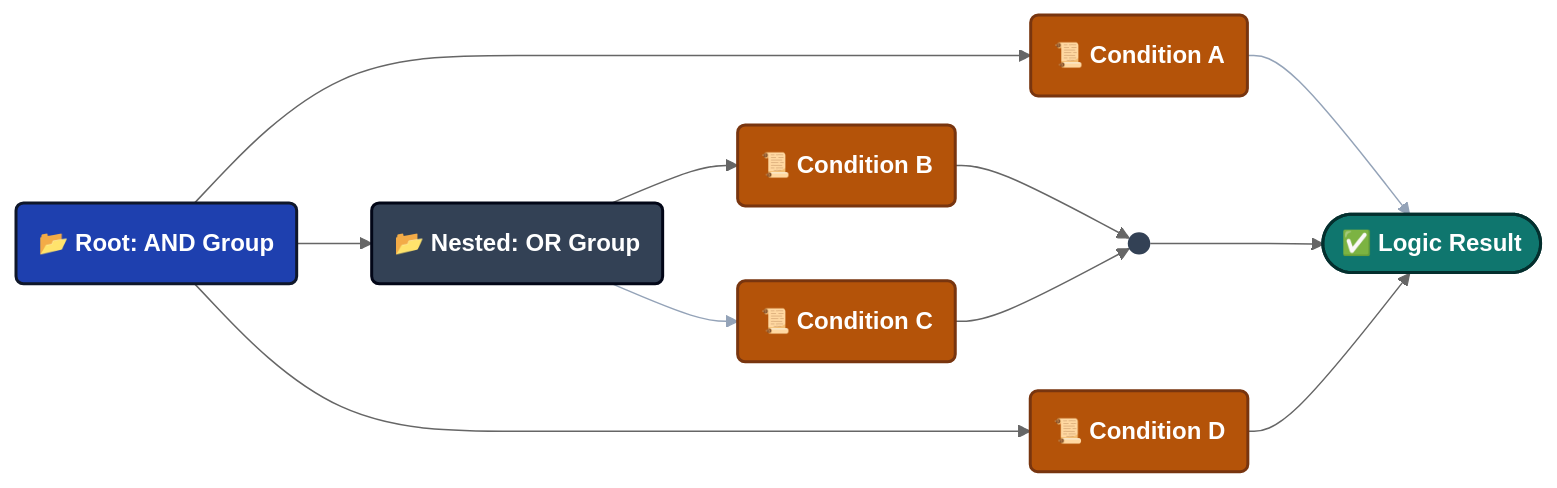
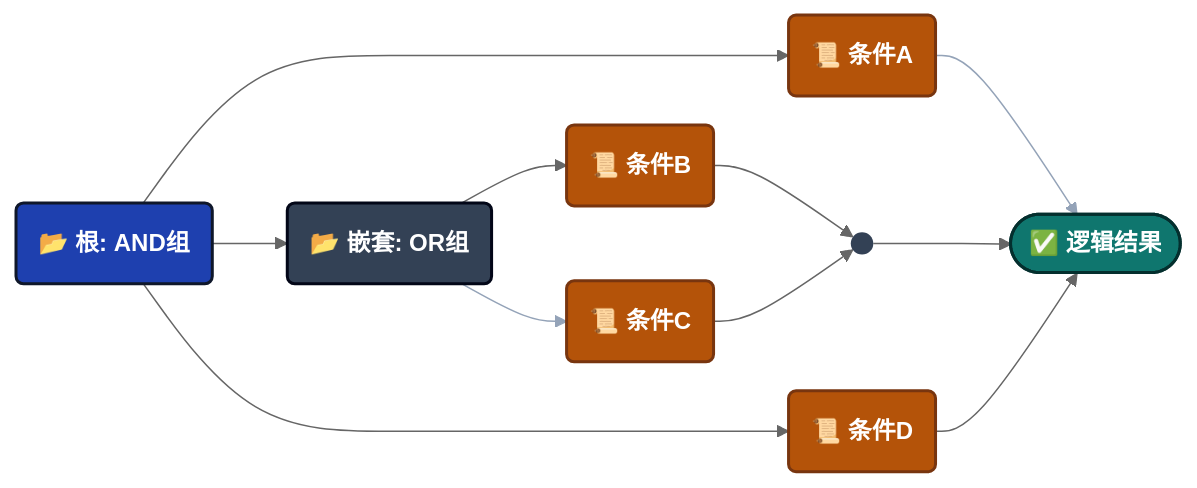
Before and after one commit to tinygiants-tech/TinyGiants: the third of 5 diagrams in i18n/zh/docusaurus-plugin-content-docs/current/game-event-system/visual-workflow/visual-condition-tree.md, drawn with Mermaid (neutral theme). The commit also changed other lines of this file and 7 other files, not shown here.

````diff
--- a/i18n/zh/docusaurus-plugin-content-docs/current/game-event-system/visual-workflow/visual-condition-tree.md
+++ b/i18n/zh/docusaurus-plugin-content-docs/current/game-event-system/visual-workflow/visual-condition-tree.md
@@ -172,26 +167,26 @@
 ```mermaid
 graph LR
 
     classDef root fill:#1e40af,stroke:#0f172a,stroke-width:2px,color:#ffffff,font-weight:bold
     classDef cond fill:#b45309,stroke:#78350f,stroke-width:2px,color:#ffffff
     classDef nested fill:#334155,stroke:#020617,stroke-width:2px,color:#ffffff
     classDef success fill:#0f766e,stroke:#042f2e,stroke-width:2px,color:#ffffff,font-weight:bold
 
-    ROOT(📂 Root: AND Group):::root
+    ROOT(📂 根: AND组):::root
 
-    ROOT --> A(📜 Condition A):::cond
-    ROOT --> OR(📂 Nested: OR Group):::nested
-    ROOT --> D(📜 Condition D):::cond
+    ROOT --> A(📜 条件A):::cond
+    ROOT --> OR(📂 嵌套: OR组):::nested
+    ROOT --> D(📜 条件D):::cond
 
-    OR --> B(📜 Condition B):::cond
-    OR --> C(📜 Condition C):::cond
+    OR --> B(📜 条件B):::cond
+    OR --> C(📜 条件C):::cond
 
-    A --> RES([✅ Logic Result]):::success
+    A --> RES([✅ 逻辑结果]):::success
     B --> OR_OUT(( ))
     C --> OR_OUT
     OR_OUT --> RES
     D --> RES
 
     style OR_OUT fill:#334155,stroke:none
     linkStyle 4,5 stroke:#94a3b8,stroke-width:1px
 ```
````
